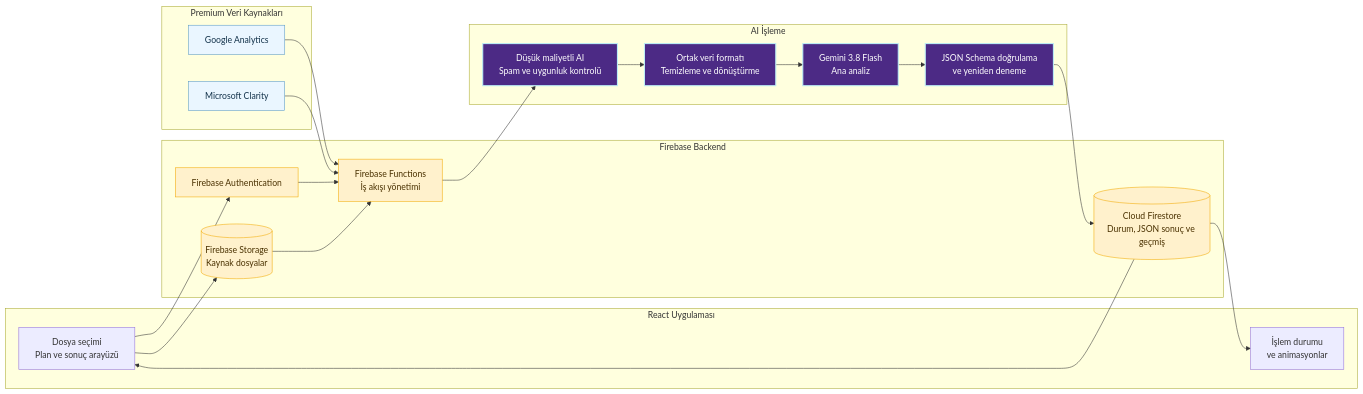
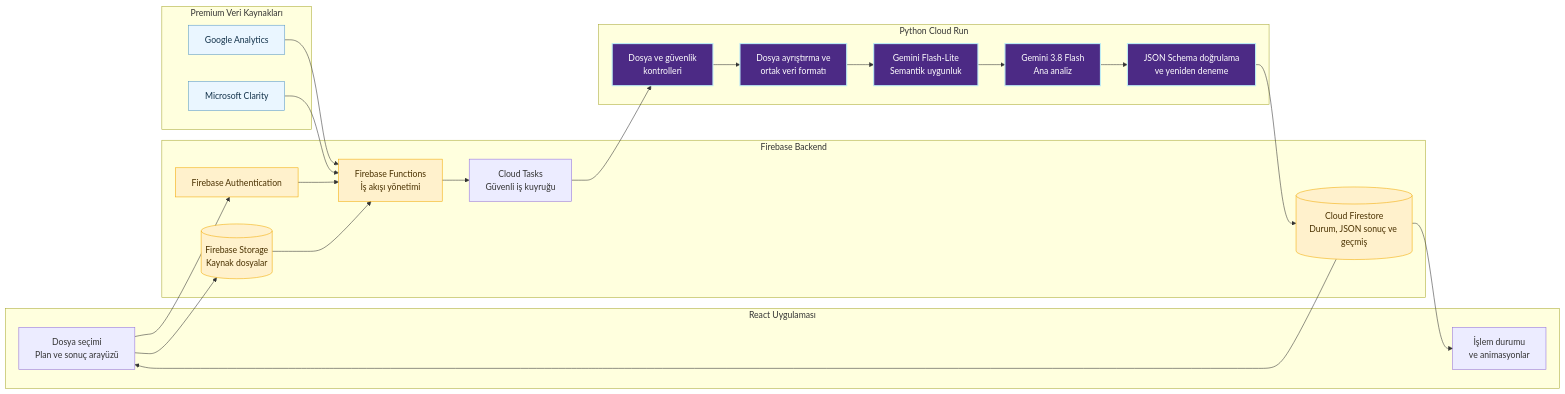
Before and after one commit to tarik-taskin/Incagen: the second of 2 diagrams in FLOW.md, drawn with Mermaid. The commit also changed other lines of this file and 4 other files, not shown here.

First line of the commit message:
docs(project): integrate shared long-term roadmap

````diff
--- a/FLOW.md
+++ b/FLOW.md
@@ -54,50 +62,54 @@
 ```mermaid
 flowchart LR
     subgraph CLIENT[React Uygulaması]
         UI[Dosya seçimi<br/>Plan ve sonuç arayüzü]
         PROGRESS[İşlem durumu<br/>ve animasyonlar]
     end
 
     subgraph FIREBASE[Firebase Backend]
         AUTH[Firebase Authentication]
         FUNCTIONS[Firebase Functions<br/>İş akışı yönetimi]
+        TASKS[Cloud Tasks<br/>Güvenli iş kuyruğu]
         STORAGE[(Firebase Storage<br/>Kaynak dosyalar)]
         FIRESTORE[(Cloud Firestore<br/>Durum, JSON sonuç ve geçmiş)]
     end
 
     subgraph SOURCES[Premium Veri Kaynakları]
         GA[Google Analytics]
         CLARITY[Microsoft Clarity]
     end
 
-    subgraph AI[AI İşleme]
-        FILTER[Düşük maliyetli AI<br/>Spam ve uygunluk kontrolü]
-        TRANSFORM[Ortak veri formatı<br/>Temizleme ve dönüştürme]
+    subgraph PROCESSING[Python Cloud Run]
+        CHECK[Dosya ve güvenlik<br/>kontrolleri]
+        TRANSFORM[Dosya ayrıştırma ve<br/>ortak veri formatı]
+        FILTER[Gemini Flash-Lite<br/>Semantik uygunluk]
         GEMINI[Gemini 3.8 Flash<br/>Ana analiz]
         SCHEMA[JSON Schema doğrulama<br/>ve yeniden deneme]
     end
 
     UI --> AUTH
     AUTH --> FUNCTIONS
     UI --> STORAGE
     STORAGE --> FUNCTIONS
     GA --> FUNCTIONS
     CLARITY --> FUNCTIONS
 
-    FUNCTIONS --> FILTER
-    FILTER --> TRANSFORM
-    TRANSFORM --> GEMINI
+    FUNCTIONS --> TASKS
+    TASKS --> CHECK
+    CHECK --> TRANSFORM
+    TRANSFORM --> FILTER
+    FILTER --> GEMINI
     GEMINI --> SCHEMA
     SCHEMA --> FIRESTORE
 
     FIRESTORE --> PROGRESS
     FIRESTORE --> UI
 
     classDef firebase fill:#FFF1CC,color:#4A3100,stroke:#F2A900,stroke-width:1px;
     classDef ai fill:#4C2A85,color:#FFFFFF,stroke:#BCEDF6,stroke-width:2px;
     classDef source fill:#EAF6FF,color:#12324A,stroke:#5798C5,stroke-width:1px;
 
     class AUTH,FUNCTIONS,STORAGE,FIRESTORE firebase;
-    class FILTER,TRANSFORM,GEMINI,SCHEMA ai;
+    class CHECK,FILTER,TRANSFORM,GEMINI,SCHEMA ai;
     class GA,CLARITY source;
 ```
````
